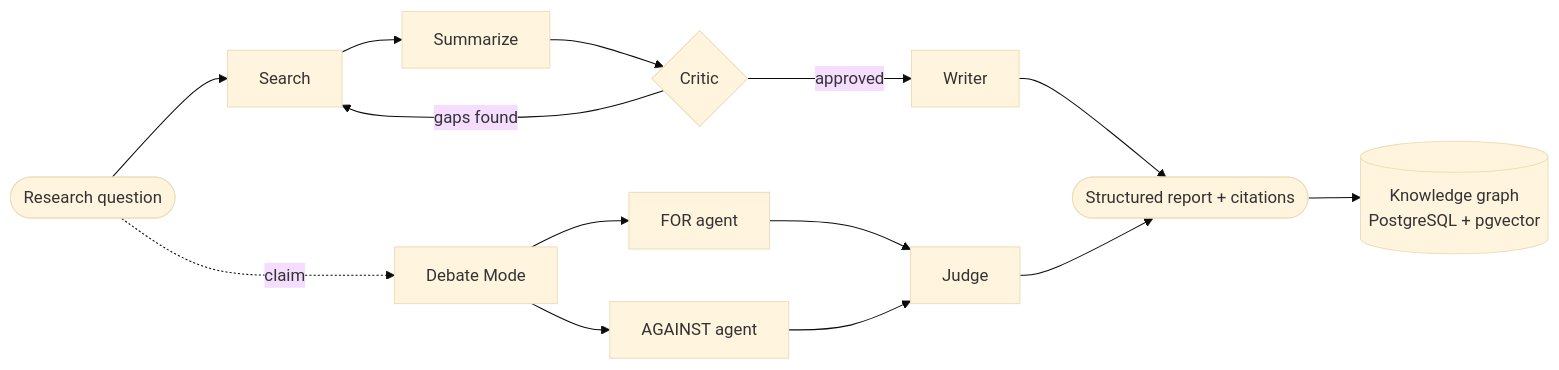
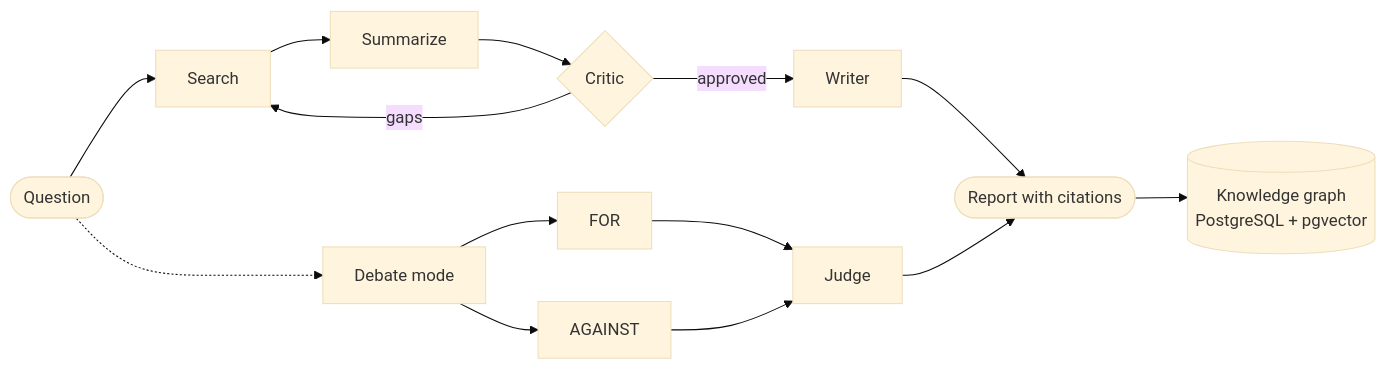
One commit to pradhanashwarya2122/pradhanashwarya2122 changed the first of 7 diagrams in README.md. Above: the diagram before and after it, drawn with Mermaid (base theme). The commit also changed other lines of this file, not shown here.

````diff
--- a/README.md
+++ b/README.md
@@ -85,16 +63,16 @@
 ```mermaid
 flowchart LR
-    Q([Research question]) --> S[Search]
+    Q([Question]) --> S[Search]
     S --> SU[Summarize]
     SU --> C{Critic}
-    C -- gaps found --> S
+    C -- gaps --> S
     C -- approved --> W[Writer]
-    W --> R([Structured report + citations])
+    W --> R([Report with citations])
     R --> KG[(Knowledge graph<br/>PostgreSQL + pgvector)]
-    Q -. claim .-> D[Debate Mode]
-    D --> F[FOR agent]
-    D --> A[AGAINST agent]
+    Q -.-> D[Debate mode]
+    D --> F[FOR]
+    D --> A[AGAINST]
     F --> J[Judge]
     A --> J
     J --> R
 ```
````
